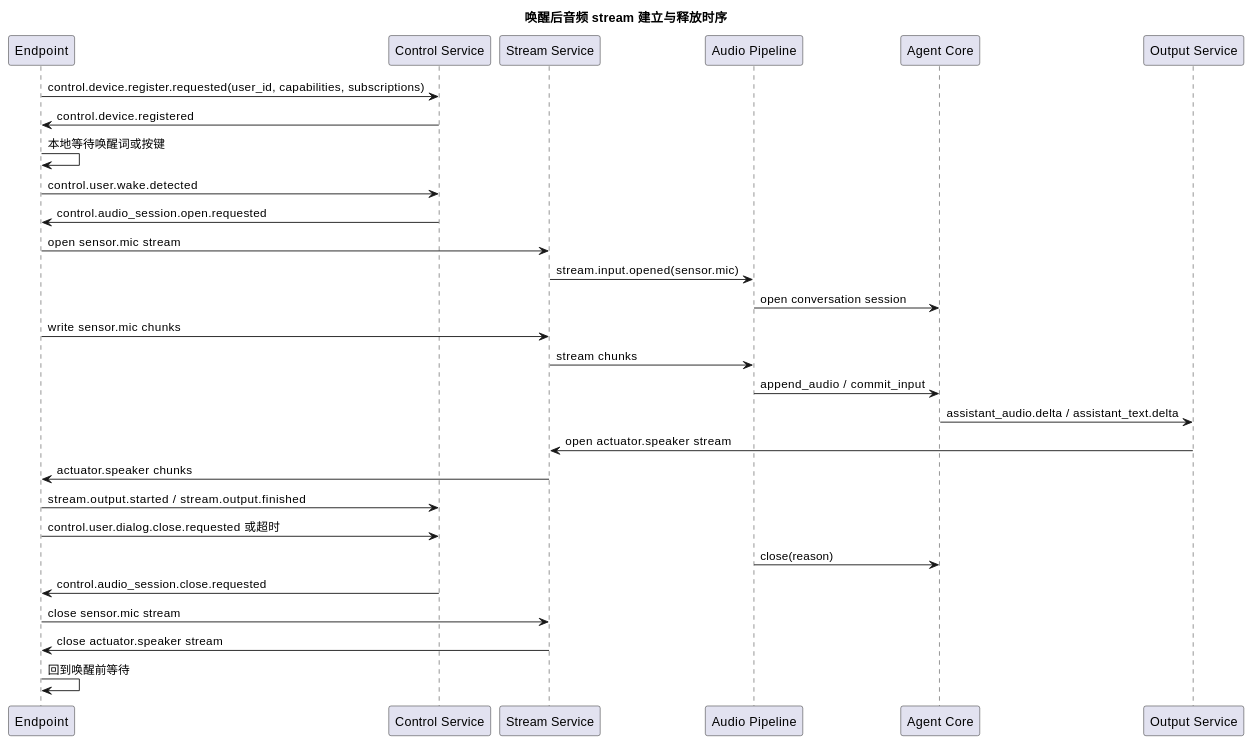
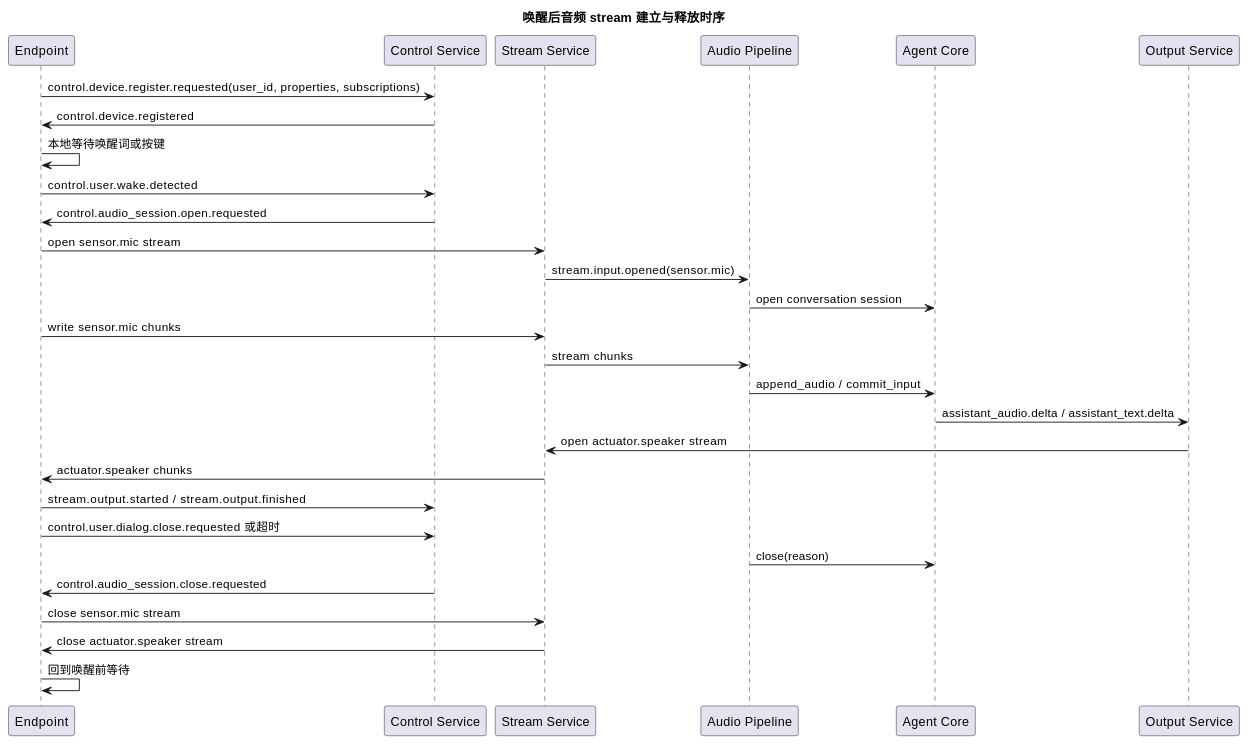
The second of 18 diagrams in audio-chat/docs/audio-chat-sdk-architecture.md (HengeLiu/RealtimeAgent), drawn with PlantUML before and after one commit. The commit also changed other lines of this file and 77 other files, not shown here.

````diff
--- a/audio-chat/docs/audio-chat-sdk-architecture.md
+++ b/audio-chat/docs/audio-chat-sdk-architecture.md
@@ -448,34 +446,34 @@
 ```plantuml
 @startuml
 title 唤醒后音频 stream 建立与释放时序
 
 participant Endpoint
 participant "Control Service" as Control
 participant "Stream Service" as Stream
 participant "Audio Pipeline" as Audio
 participant "Agent Core" as Agent
 participant "Output Service" as Output
 
-Endpoint -> Control: control.device.register.requested(user_id, capabilities, subscriptions)
+Endpoint -> Control: control.device.register.requested(user_id, properties, subscriptions)
 Control -> Endpoint: control.device.registered
 Endpoint -> Endpoint: 本地等待唤醒词或按键
 Endpoint -> Control: control.user.wake.detected
 Control -> Endpoint: control.audio_session.open.requested
 Endpoint -> Stream: open sensor.mic stream
 Stream -> Audio: stream.input.opened(sensor.mic)
 Audio -> Agent: open conversation session
 Endpoint -> Stream: write sensor.mic chunks
 Stream -> Audio: stream chunks
 Audio -> Agent: append_audio / commit_input
 Agent -> Output: assistant_audio.delta / assistant_text.delta
 Output -> Stream: open actuator.speaker stream
 Stream -> Endpoint: actuator.speaker chunks
 Endpoint -> Control: stream.output.started / stream.output.finished
 Endpoint -> Control: control.user.dialog.close.requested 或超时
 Audio -> Agent: close(reason)
 Control -> Endpoint: control.audio_session.close.requested
 Endpoint -> Stream: close sensor.mic stream
 Stream -> Endpoint: close actuator.speaker stream
 Endpoint -> Endpoint: 回到唤醒前等待
 @enduml
 ```
````
